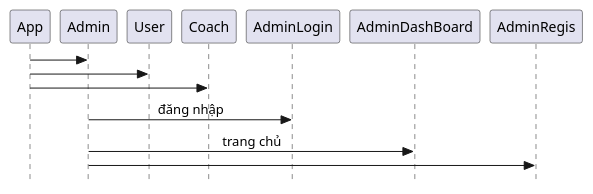
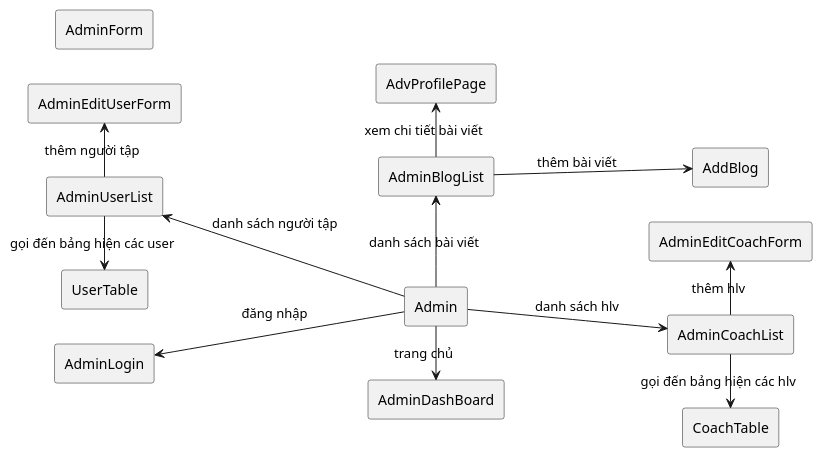
Before and after one commit to SE-2021-RubyGYM/RubyGYM: the diagram in Structure_Frontend.plantuml, drawn with PlantUML. The commit also changed 3 other files, not shown here.

Commit message:
vẽ diagram

```diff
--- a/Structure_Frontend.plantuml
+++ b/Structure_Frontend.plantuml
@@ -1,17 +1,42 @@
 @startuml Structure Frontend
 skinparam Style strictuml
 skinparam SequenceMessageAlignment center
+skinparam linetype polyline
+left to right direction
 
-' Chia thành 3 loại người dùng
-App -> Admin
-App -> User
-App -> Coach
+
 
 ' Các trang của Admin
+rectangle Admin 
+rectangle AdminLogin
+rectangle AdminDashBoard
+rectangle AdminUserList
+rectangle AdminEditUserForm
+rectangle AdminCoachList
+rectangle AdminEditCoachForm
+rectangle AdminBlogList
+rectangle  AddBlog 
+rectangle AdminForm
+rectangle UserTable
+rectangle CoachTable
+rectangle AdvProfilePage
 
-Admin-> AdminLogin : đăng nhập
-Admin-> AdminDashBoard : trang chủ 
-Admin-> AdminRegis
+Admin-u-> AdminLogin : đăng nhập
+Admin-r-> AdminDashBoard : trang chủ 
+Admin-u-> AdminUserList : danh sách người tập
+
+Admin --> AdminCoachList : danh sách hlv
+
+Admin -l-> AdminBlogList : danh sách bài viết
 
 
+'Phân rã
+
+AdminUserList -> UserTable : gọi đến bảng hiện các user
+AdminUserList -l-> AdminEditUserForm : thêm người tập 
+AdminCoachList -> CoachTable : gọi đến bảng hiện các hlv
+AdminCoachList -l-> AdminEditCoachForm : thêm hlv
+AdminBlogList -l-> AdvProfilePage : xem chi tiết bài viết
+AdminBlogList --> AddBlog : thêm bài viết
+
 @enduml
```
